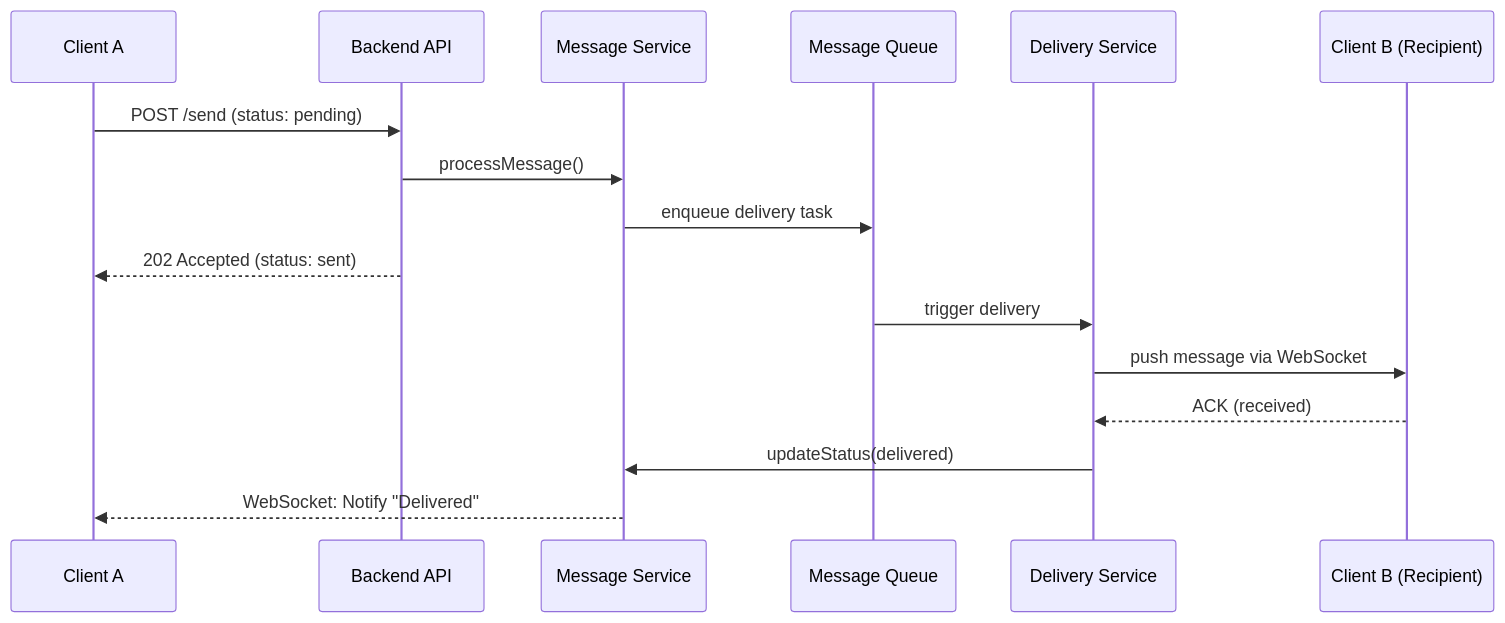
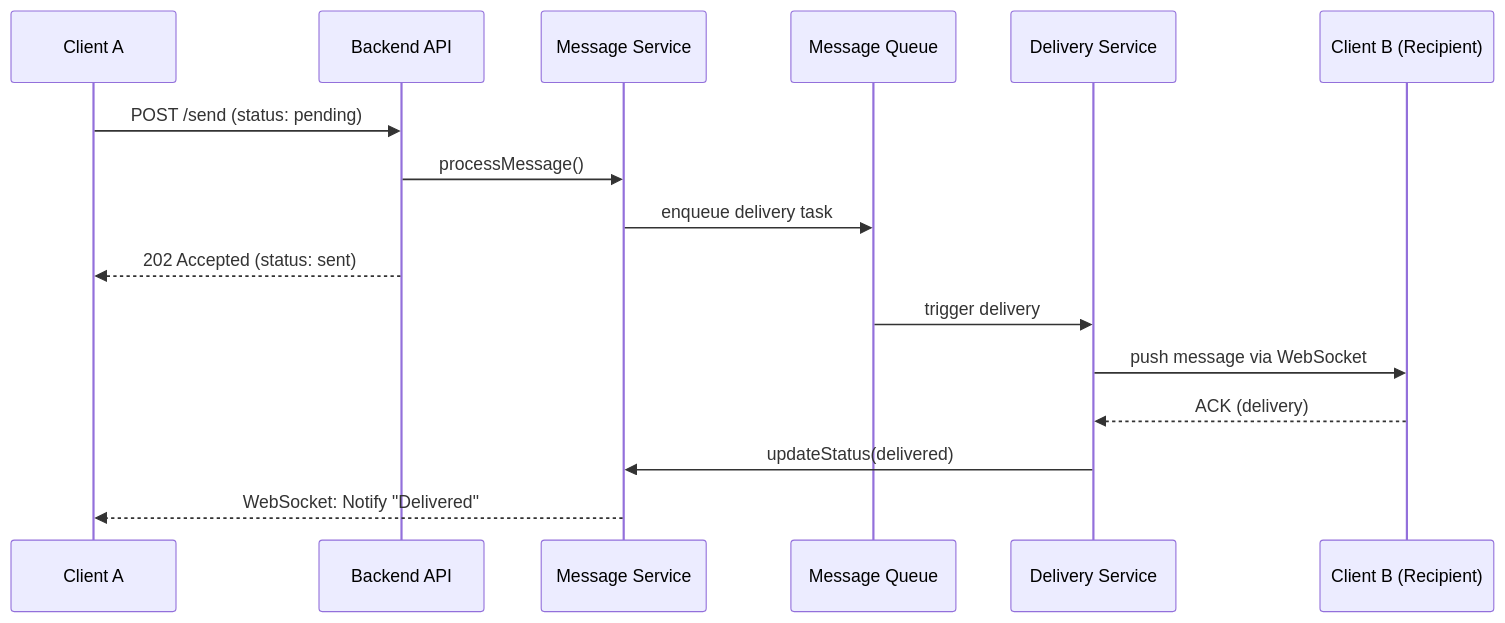
Before and after one commit to artembaranovsky1/Software-Design-and-Documentation_lab-1.1: the second of 3 diagrams in README.md, drawn with Mermaid.

````diff
--- a/README.md
+++ b/README.md
@@ -39,21 +39,21 @@
 ```mermaid
 sequenceDiagram
     participant C as Client A
     participant API as Backend API
     participant MS as Message Service
     participant Q as Message Queue
     participant DS as Delivery Service
     participant CB as Client B (Recipient)
 
 
     C->>API: POST /send (status: pending)
     API->>MS: processMessage()
     MS->>Q: enqueue delivery task
     API-->>C: 202 Accepted (status: sent)
     
     Q->>DS: trigger delivery
     DS->>CB: push message via WebSocket
-    CB-->>DS: ACK (received)
+    CB-->>DS: ACK (delivery)
     DS->>MS: updateStatus(delivered)
     MS-->>C: WebSocket: Notify "Delivered"
 ```
````
